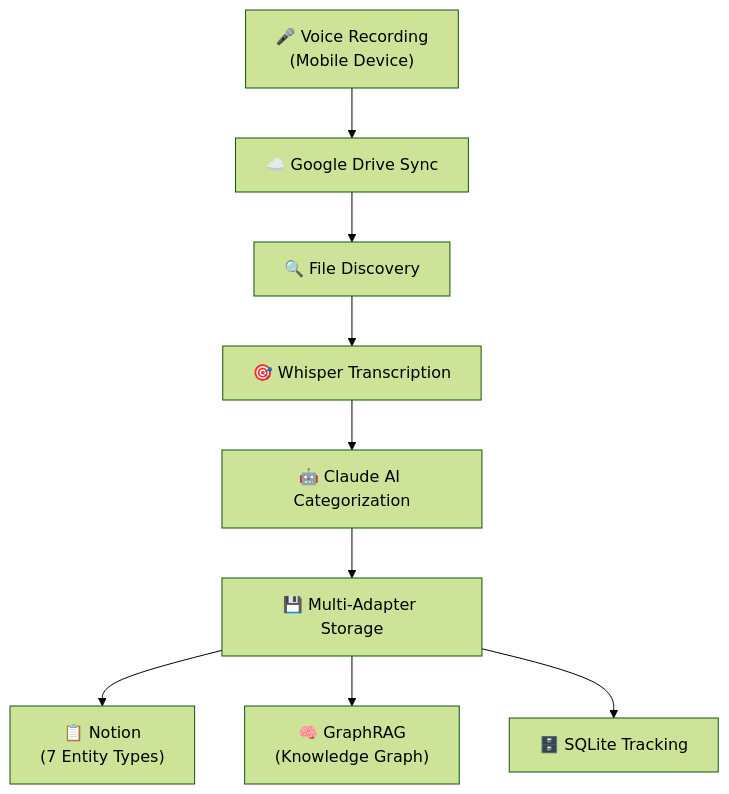
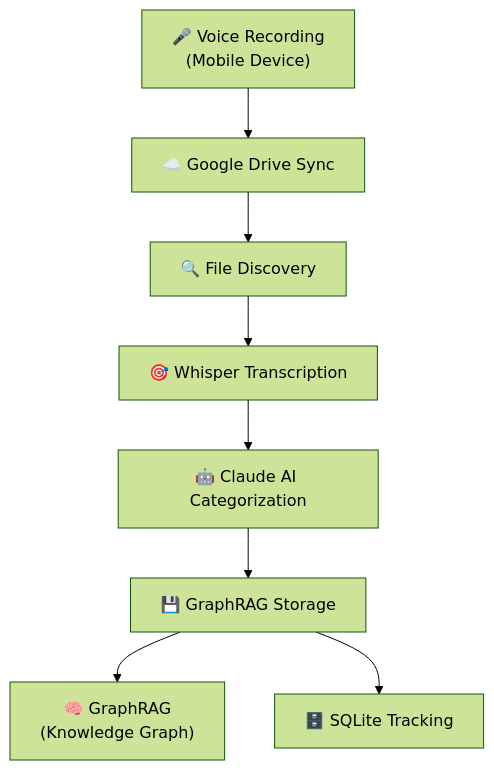
Before and after one commit to mikewrather/task-management: the diagram in README.md, drawn with Mermaid (forest theme). The commit also changed other lines of this file and 14 other files, not shown here.

First line of the commit message:
Clean up extraneous files and update documentation for pure GraphRAG architecture

````diff
--- a/README.md
+++ b/README.md
@@ -33,21 +33,19 @@
 ```mermaid
 flowchart TB
     VoiceRecording["🎤 Voice Recording<br/>(Mobile Device)"]
     GoogleDrive["☁️ Google Drive Sync"]
     Discovery["🔍 File Discovery"]
     Whisper["🎯 Whisper Transcription"]
     Claude["🤖 Claude AI Categorization"]
-    Storage["💾 Multi-Adapter Storage"]
-    Notion["📋 Notion<br/>(7 Entity Types)"]
+    Storage["💾 GraphRAG Storage"]
     GraphRAG["🧠 GraphRAG<br/>(Knowledge Graph)"]
     SQLite["🗄️ SQLite Tracking"]
     
     VoiceRecording --> GoogleDrive
     GoogleDrive --> Discovery
     Discovery --> Whisper
     Whisper --> Claude
     Claude --> Storage
-    Storage --> Notion
     Storage --> GraphRAG
     Storage --> SQLite
 ```
````
